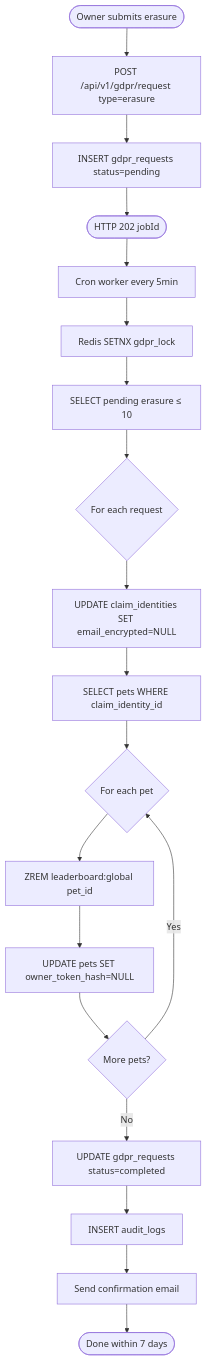
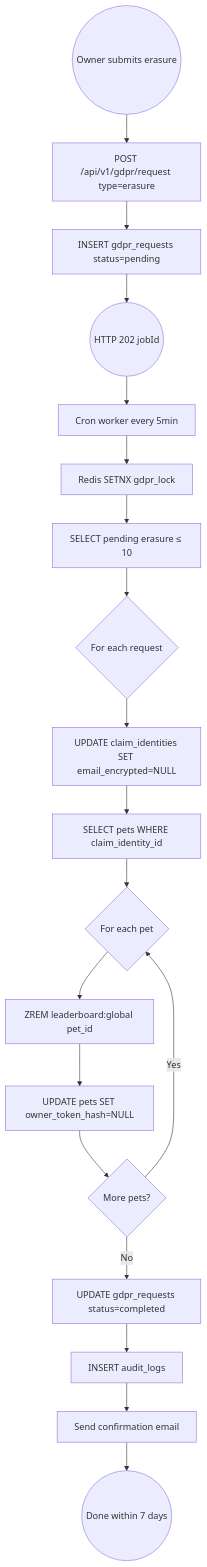
Before and after one commit to ibalasite/pet: diagram 21 of 27 in docs/EDD.md, drawn with Mermaid. The commit also changed other lines of this file and 94 other files, not shown here.

First line of the commit message:
docs(gendoc)[STEP-30]: html — regenerate HTML site post EDD/SCHEMA/UML refresh

````diff
--- a/docs/EDD.md
+++ b/docs/EDD.md
@@ -1380,21 +1380,21 @@
 ```mermaid
 flowchart TB
-    Start([Owner submits erasure]) --> API[POST /api/v1/gdpr/request type=erasure]
+    Start((Owner submits erasure)) --> API[POST /api/v1/gdpr/request type=erasure]
     API --> Insert[INSERT gdpr_requests status=pending]
-    Insert --> Queue([HTTP 202 jobId])
+    Insert --> Queue((HTTP 202 jobId))
     Queue --> Cron[Cron worker every 5min]
     Cron --> Lock[Redis SETNX gdpr_lock]
     Lock --> Fetch[SELECT pending erasure ≤ 10]
     Fetch --> ForEach{For each request}
     ForEach --> NullEmail[UPDATE claim_identities SET email_encrypted=NULL]
     NullEmail --> Pets[SELECT pets WHERE claim_identity_id]
     Pets --> ForPet{For each pet}
     ForPet --> ZREM[ZREM leaderboard:global pet_id]
     ZREM --> NullToken[UPDATE pets SET owner_token_hash=NULL]
     NullToken --> NextPet{More pets?}
     NextPet -->|Yes| ForPet
     NextPet -->|No| Mark[UPDATE gdpr_requests status=completed]
     Mark --> Audit[INSERT audit_logs]
     Audit --> Notify[Send confirmation email]
-    Notify --> End([Done within 7 days])
+    Notify --> End((Done within 7 days))
 ```
````
